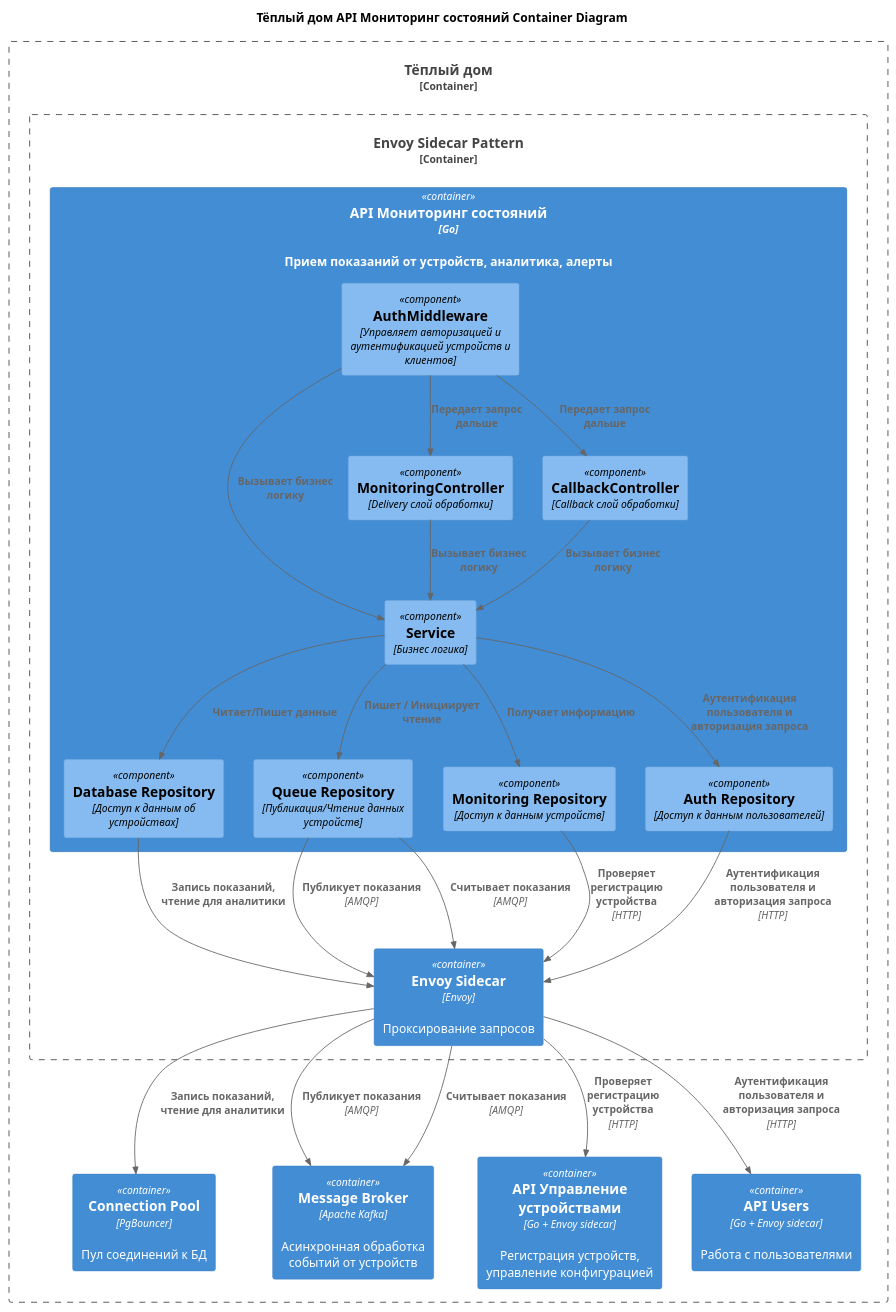
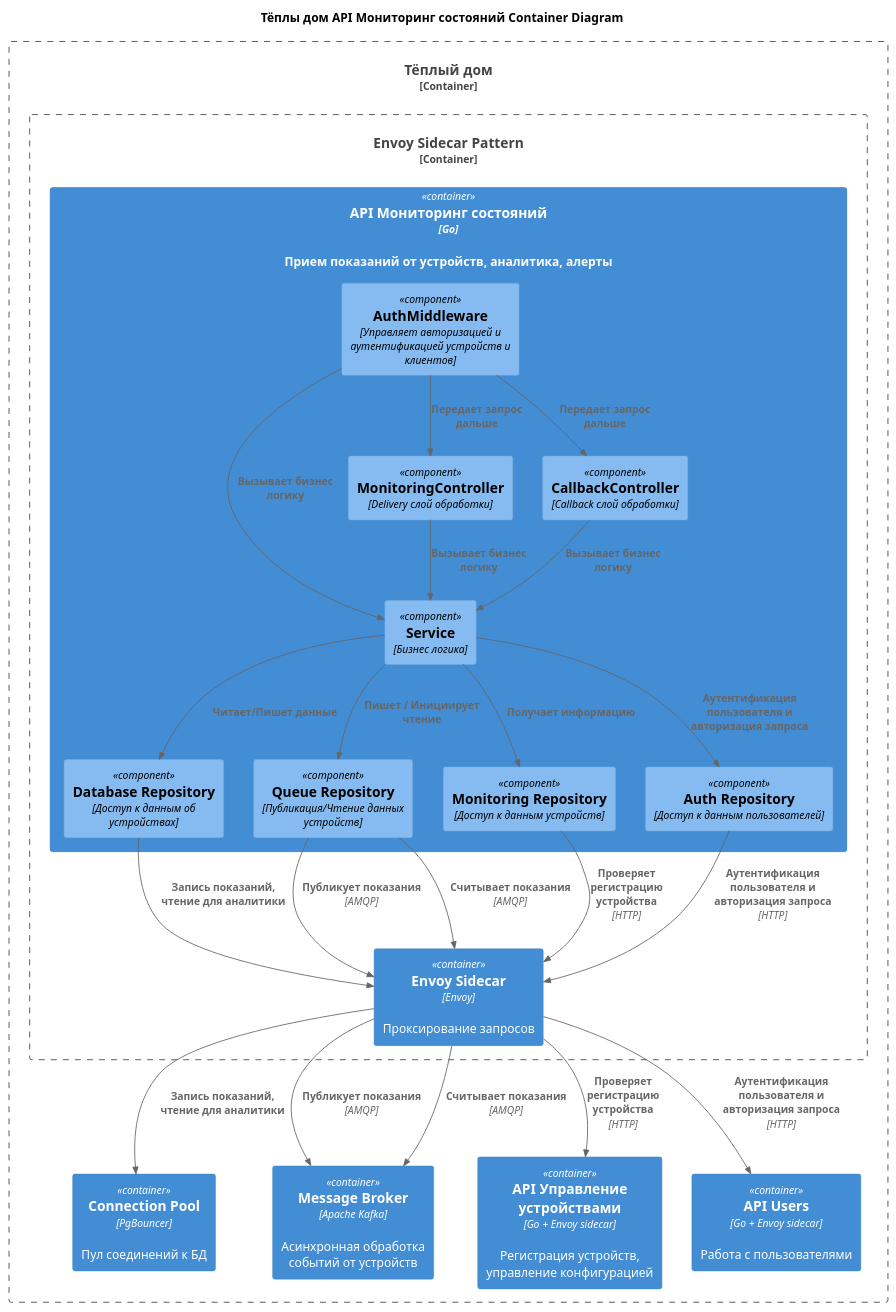
The fourth of 6 diagrams in README.md (egorgasay/architecture-pro-warmhouse), drawn with PlantUML before and after one commit. The commit also changed other lines of this file and 4 other files, not shown here.

````diff
--- a/README.md
+++ b/README.md
@@ -239,63 +244,63 @@
 ```plantuml
 @startuml
 
-title Тёплый дом API Мониторинг состояний Container Diagram
+title Тёплы дом API Мониторинг состояний Container Diagram
 
 top to bottom direction
 
 !includeurl https://raw.githubusercontent.com/RicardoNiepel/C4-PlantUML/master/C4_Component.puml
 
 
 Container_Boundary(WarmHouseSystem, "Тёплый дом") {
 	Container_Boundary(ServiceMesh, "Envoy Sidecar Pattern") {
 		Container(StateMonitoringAPI, "API Мониторинг состояний", "Go", "Прием показаний от устройств, аналитика, алерты") {
 			Component(AuthMiddleware, "AuthMiddleware", "Управляет авторизацией и аутентификацией устройств и клиентов")
 			Component(MonitoringController, "MonitoringController", "Delivery слой обработки")
 			Component(CallbackController, "CallbackController", "Callback слой обработки")
 			Component(Service, "Service", "Бизнес логика")
 			Component(DatabaseRepository, "Database Repository", "Доступ к данным об устройствах")
 			Component(QueueRepository, "Queue Repository", "Публикация/Чтение данных устройств")
 			Component(MonitoringRepository, "Monitoring Repository", "Доступ к данным устройств")
 			Component(AuthRepository, "Auth Repository", "Доступ к данным пользователей")
 		}
 
 		Container(EnvoySidecar, "Envoy Sidecar", "Envoy", "Проксирование запросов")
 	}
 	
 	Container(PgBouncer, "Connection Pool", "PgBouncer", "Пул соединений к БД")
 	Container(MessageBroker, "Message Broker", "Apache Kafka", "Асинхронная обработка событий от устройств")
 	Container(SensorsAPI, "API Управление устройствами", "Go + Envoy sidecar", "Регистрация устройств, управление конфигурацией")
 	Container(UsersAPI, "API Users", "Go + Envoy sidecar", "Работа с пользователями")
 }
 
 
 ' Обращения внутри сервиса
 Rel(MonitoringController, Service, "Вызывает бизнес логику")
 Rel(CallbackController, Service, "Вызывает бизнес логику")
 Rel(AuthMiddleware, MonitoringController, "Передает запрос дальше")
 Rel(AuthMiddleware, CallbackController, "Передает запрос дальше")
 Rel_R(AuthMiddleware, Service, "Вызывает бизнес логику")
 Rel(Service, DatabaseRepository, "Читает/Пишет данные")
 Rel(Service, MonitoringRepository, "Получает информацию")
 Rel(Service, QueueRepository, "Пишет / Инициирует чтение")
 Rel(Service, AuthRepository, "Аутентификация пользователя и авторизация запроса")
 
 ' Database
 Rel(DatabaseRepository, EnvoySidecar, "Запись показаний, чтение для аналитики")
 Rel(EnvoySidecar, PgBouncer, "Запись показаний, чтение для аналитики")
 
 ' API
 Rel(MonitoringRepository, EnvoySidecar, "Проверяет регистрацию устройства", "HTTP")
 Rel(EnvoySidecar, SensorsAPI, "Проверяет регистрацию устройства", "HTTP")
 Rel(AuthRepository, EnvoySidecar, "Аутентификация пользователя и авторизация запроса", "HTTP")
 Rel(EnvoySidecar, UsersAPI, "Аутентификация пользователя и авторизация запроса", "HTTP")
 
 
 ' Брокер
 Rel(QueueRepository, EnvoySidecar, "Публикует показания", "AMQP")
 Rel(QueueRepository, EnvoySidecar, "Считывает показания", "AMQP")
 Rel(EnvoySidecar, MessageBroker, "Публикует показания", "AMQP")
 Rel(EnvoySidecar, MessageBroker, "Считывает показания", "AMQP")
 
 @enduml
 ```
````
